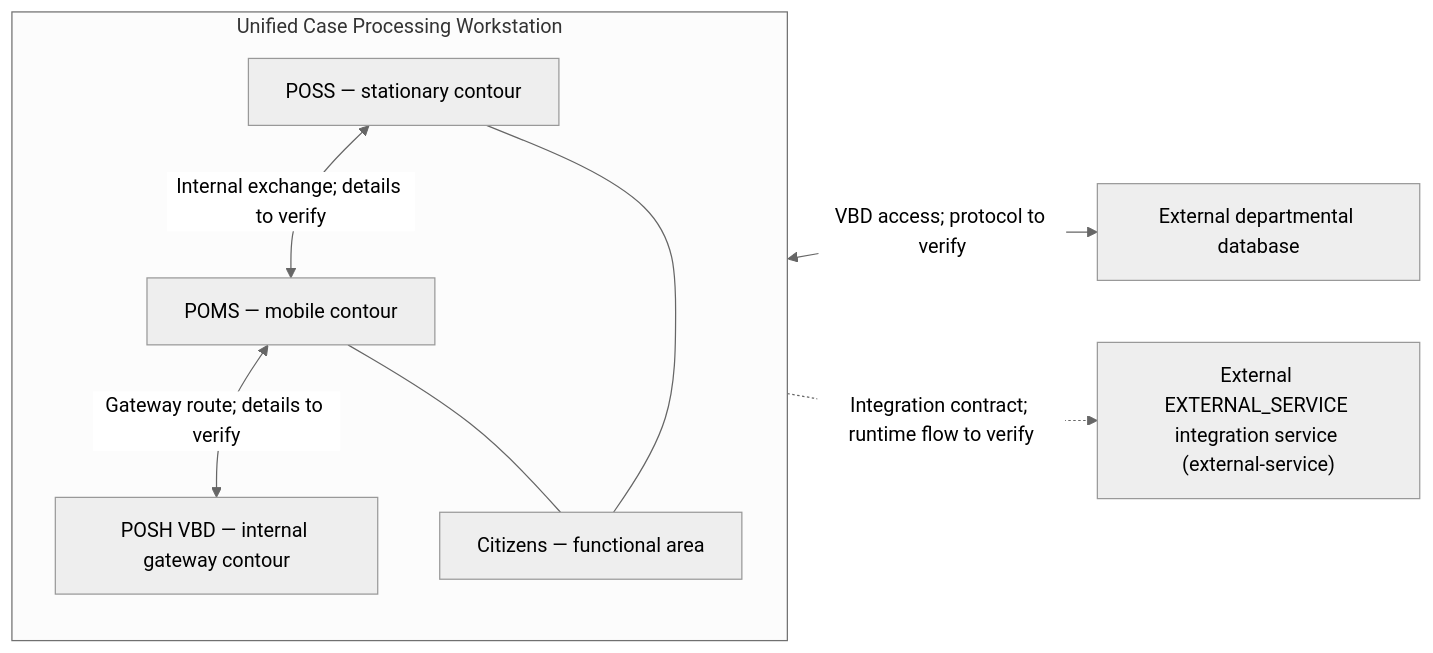
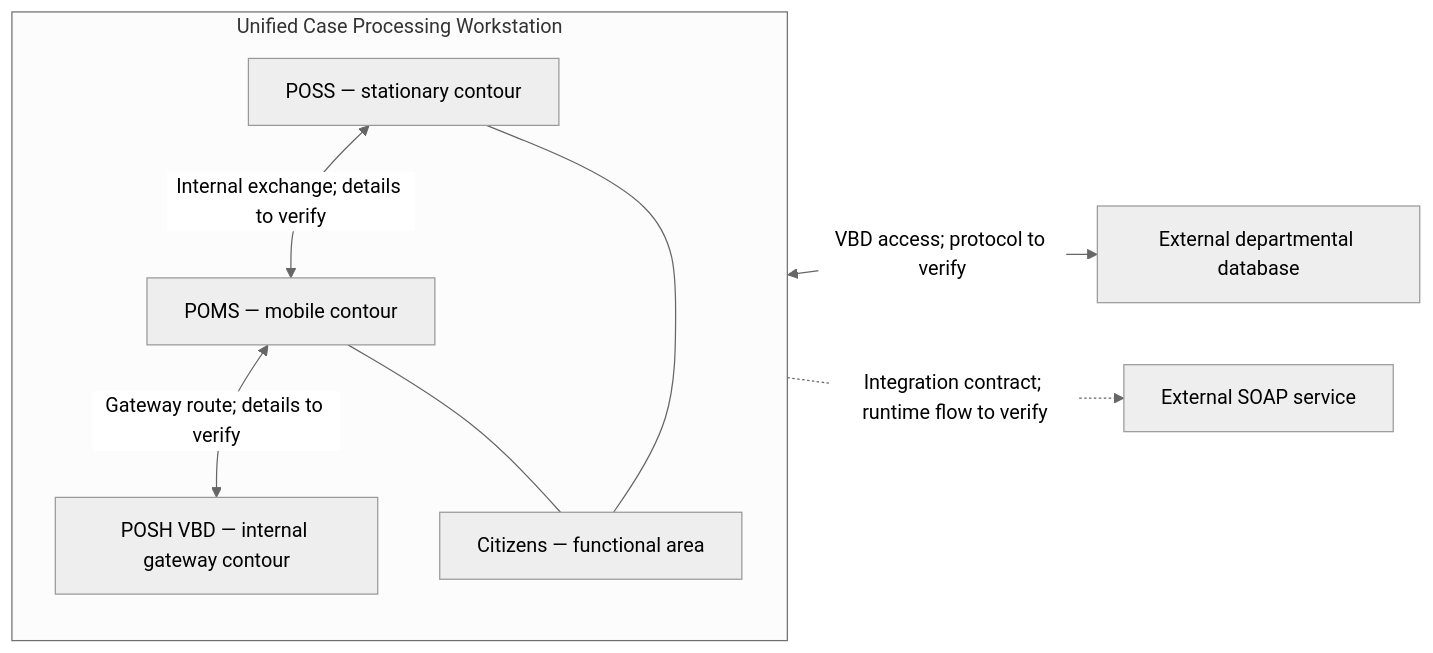
The diagram in architecture/system-context-and-scope.en.md (ekatmoz88-alt/territory-descriptor-unified), drawn with Mermaid (neutral theme) before and after one commit. The commit also changed other lines of this file and 11 other files, not shown here.

````diff
--- a/architecture/system-context-and-scope.en.md
+++ b/architecture/system-context-and-scope.en.md
@@ -25,18 +25,18 @@
 ```mermaid
 flowchart LR
   subgraph ARM["Unified Case Processing Workstation"]
     direction TB
     POSS["POSS — stationary contour"]
     POMS["POMS — mobile contour"]
     POSHVBD["POSH VBD — internal gateway contour"]
     CIT["Citizens — functional area"]
     POSS <-->|"Internal exchange; details to verify"| POMS
     POMS <-->|"Gateway route; details to verify"| POSHVBD
     POSS --- CIT
     POMS --- CIT
   end
   VBD["External departmental database"]
-  EXTERNAL_SERVICE["External EXTERNAL_SERVICE integration service (external-service)"]
+  EXTERNAL_SERVICE["External SOAP service"]
   POSHVBD <-->|"VBD access; protocol to verify"| VBD
   ARM -.->|"Integration contract; runtime flow to verify"| EXTERNAL_SERVICE
 ```
````
